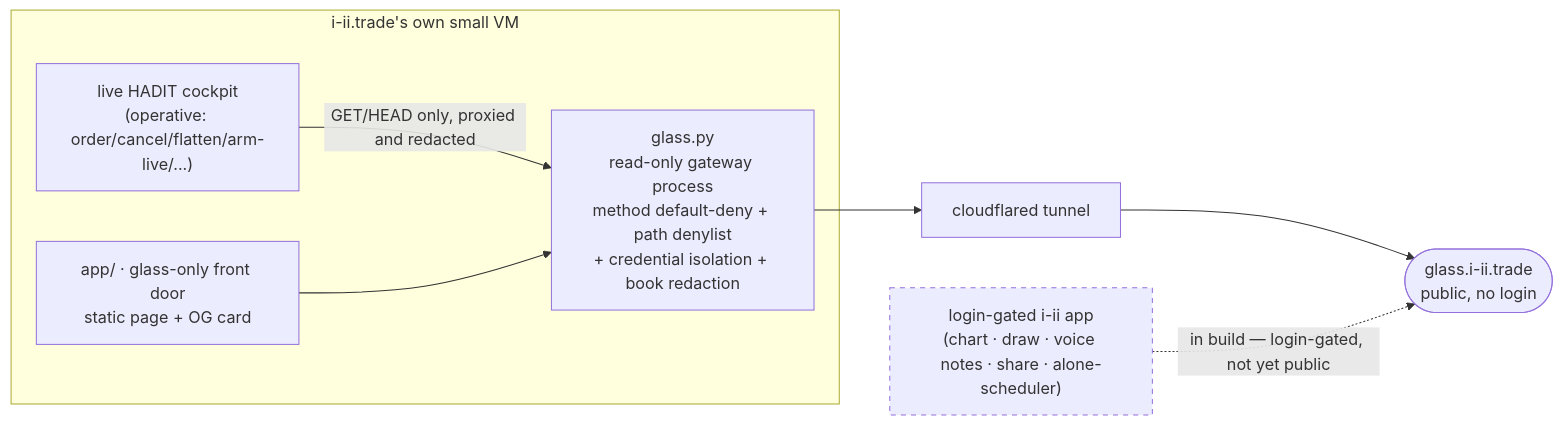
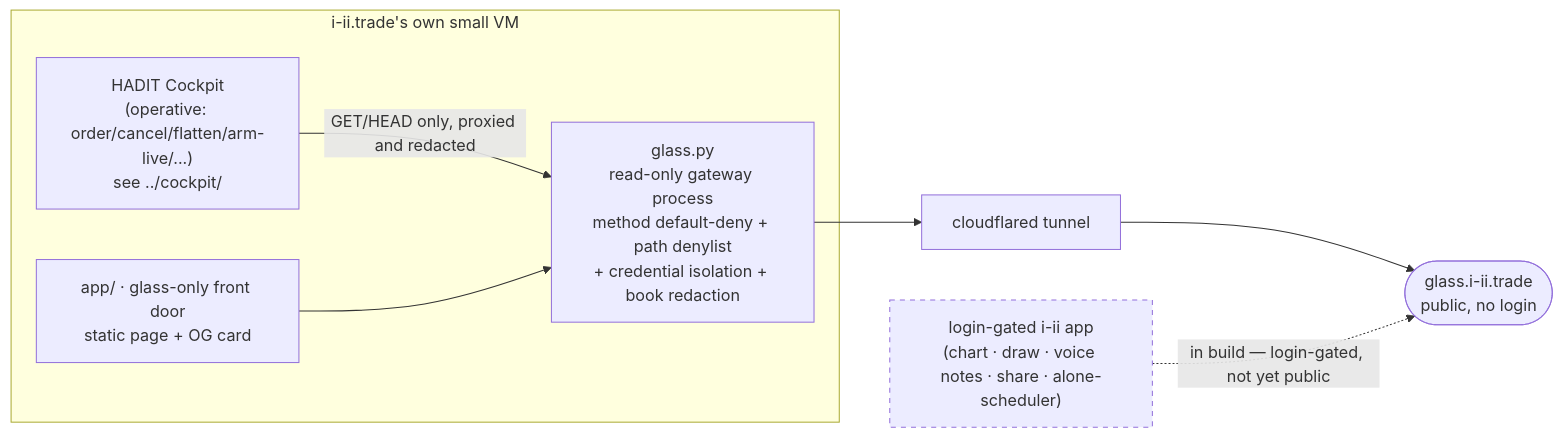
The diagram in kubera/hadit/i-ii-trade/README.md (biknoff/losveri-systems), drawn with Mermaid before and after one commit. The commit also changed other lines of this file and 4 other files, not shown here.

Commit message:
correct: glass.i-ii.trade is explicitly a read-only mirror of the HADIT Cockpit (cross-linked both ways); add SEER/PROBE's cross-disciplinary theory (physics/Kepler, biology/chemotaxis, statistics/likelihood-free) as DESIGNED evidence

````diff
--- a/kubera/hadit/i-ii-trade/README.md
+++ b/kubera/hadit/i-ii-trade/README.md
@@ -28,17 +28,17 @@
 ```mermaid
 flowchart LR
     subgraph VM["i-ii.trade's own small VM"]
-        COCKPIT["live HADIT cockpit<br/>(operative: order/cancel/flatten/arm-live/...)"]
+        COCKPIT["HADIT Cockpit<br/>(operative: order/cancel/flatten/arm-live/...)<br/>see ../cockpit/"]
         GLASS["glass.py<br/>read-only gateway process<br/>method default-deny + path denylist<br/>+ credential isolation + book redaction"]
         APP["app/ · glass-only front door<br/>static page + OG card"]
         COCKPIT -->|GET/HEAD only, proxied and redacted| GLASS
         APP --> GLASS
     end
     TUNNEL["cloudflared tunnel"]
     PUBLIC(["glass.i-ii.trade<br/>public, no login"])
     GLASS --> TUNNEL --> PUBLIC
 
     LOGINAPP["login-gated i-ii app<br/>(chart · draw · voice notes · share · alone-scheduler)"]
     style LOGINAPP stroke-dasharray: 5 5
     LOGINAPP -.->|in build — login-gated, not yet public| PUBLIC
 ```
````
